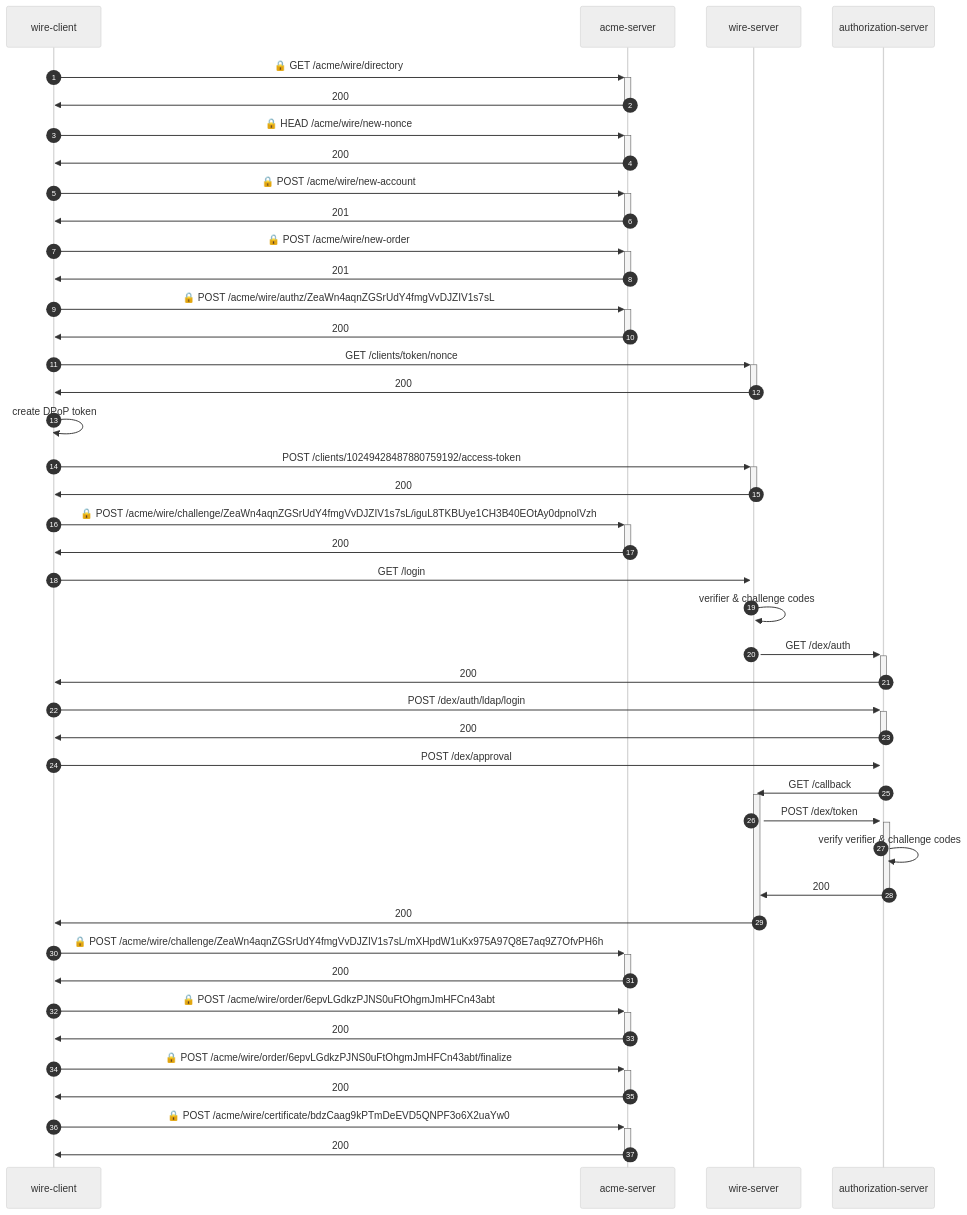
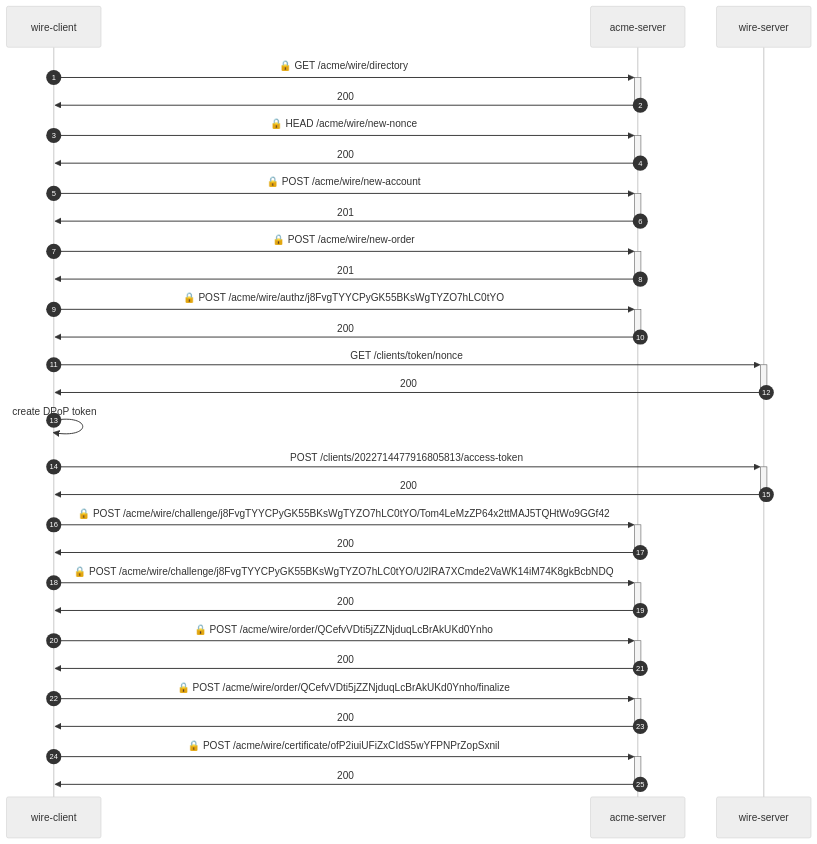
Before and after one commit to wireapp/rusty-jwt-tools: the diagram in e2e-identity/README.md, drawn with Mermaid (neutral theme). The commit also changed other lines of this file and 8 other files, not shown here.

````diff
--- a/e2e-identity/README.md
+++ b/e2e-identity/README.md
@@ -3,41 +3,29 @@
 ```mermaid
 sequenceDiagram
     autonumber
     wire-client->>+acme-server: 🔒 GET /acme/wire/directory
     acme-server->>-wire-client: 200
     wire-client->>+acme-server: 🔒 HEAD /acme/wire/new-nonce
     acme-server->>-wire-client: 200
     wire-client->>+acme-server: 🔒 POST /acme/wire/new-account
     acme-server->>-wire-client: 201
     wire-client->>+acme-server: 🔒 POST /acme/wire/new-order
     acme-server->>-wire-client: 201
-    wire-client->>+acme-server: 🔒 POST /acme/wire/authz/ZeaWn4aqnZGSrUdY4fmgVvDJZIV1s7sL
+    wire-client->>+acme-server: 🔒 POST /acme/wire/authz/j8FvgTYYCPyGK55BKsWgTYZO7hLC0tYO
     acme-server->>-wire-client: 200
     wire-client->>+wire-server:  GET /clients/token/nonce
     wire-server->>-wire-client: 200
     wire-client->>wire-client: create DPoP token
-    wire-client->>+wire-server:  POST /clients/10249428487880759192/access-token
+    wire-client->>+wire-server:  POST /clients/2022714477916805813/access-token
     wire-server->>-wire-client: 200
-    wire-client->>+acme-server: 🔒 POST /acme/wire/challenge/ZeaWn4aqnZGSrUdY4fmgVvDJZIV1s7sL/iguL8TKBUye1CH3B40EOtAy0dpnoIVzh
+    wire-client->>+acme-server: 🔒 POST /acme/wire/challenge/j8FvgTYYCPyGK55BKsWgTYZO7hLC0tYO/Tom4LeMzZP64x2ttMAJ5TQHtWo9GGf42
     acme-server->>-wire-client: 200
-    wire-client->>+wire-server:  GET /login
-    wire-server->>wire-server: verifier & challenge codes
-    wire-server->>+authorization-server:  GET /dex/auth
-    authorization-server->>-wire-client: 200
-    wire-client->>+authorization-server:  POST /dex/auth/ldap/login
-    authorization-server->>-wire-client: 200
-    wire-client->>+authorization-server:  POST /dex/approval
-    authorization-server->>+wire-server:  GET /callback
-    wire-server->>+authorization-server:  POST /dex/token
-    authorization-server->>authorization-server: verify verifier & challenge codes
-    authorization-server->>-wire-server: 200
-    wire-server->>-wire-client: 200
-    wire-client->>+acme-server: 🔒 POST /acme/wire/challenge/ZeaWn4aqnZGSrUdY4fmgVvDJZIV1s7sL/mXHpdW1uKx975A97Q8E7aq9Z7OfvPH6h
+    wire-client->>+acme-server: 🔒 POST /acme/wire/challenge/j8FvgTYYCPyGK55BKsWgTYZO7hLC0tYO/U2lRA7XCmde2VaWK14iM74K8gkBcbNDQ
     acme-server->>-wire-client: 200
-    wire-client->>+acme-server: 🔒 POST /acme/wire/order/6epvLGdkzPJNS0uFtOhgmJmHFCn43abt
+    wire-client->>+acme-server: 🔒 POST /acme/wire/order/QCefvVDti5jZZNjduqLcBrAkUKd0Ynho
     acme-server->>-wire-client: 200
-    wire-client->>+acme-server: 🔒 POST /acme/wire/order/6epvLGdkzPJNS0uFtOhgmJmHFCn43abt/finalize
+    wire-client->>+acme-server: 🔒 POST /acme/wire/order/QCefvVDti5jZZNjduqLcBrAkUKd0Ynho/finalize
     acme-server->>-wire-client: 200
-    wire-client->>+acme-server: 🔒 POST /acme/wire/certificate/bdzCaag9kPTmDeEVD5QNPF3o6X2uaYw0
+    wire-client->>+acme-server: 🔒 POST /acme/wire/certificate/ofP2iuiUFiZxCIdS5wYFPNPrZopSxnil
     acme-server->>-wire-client: 200
 ```
````
